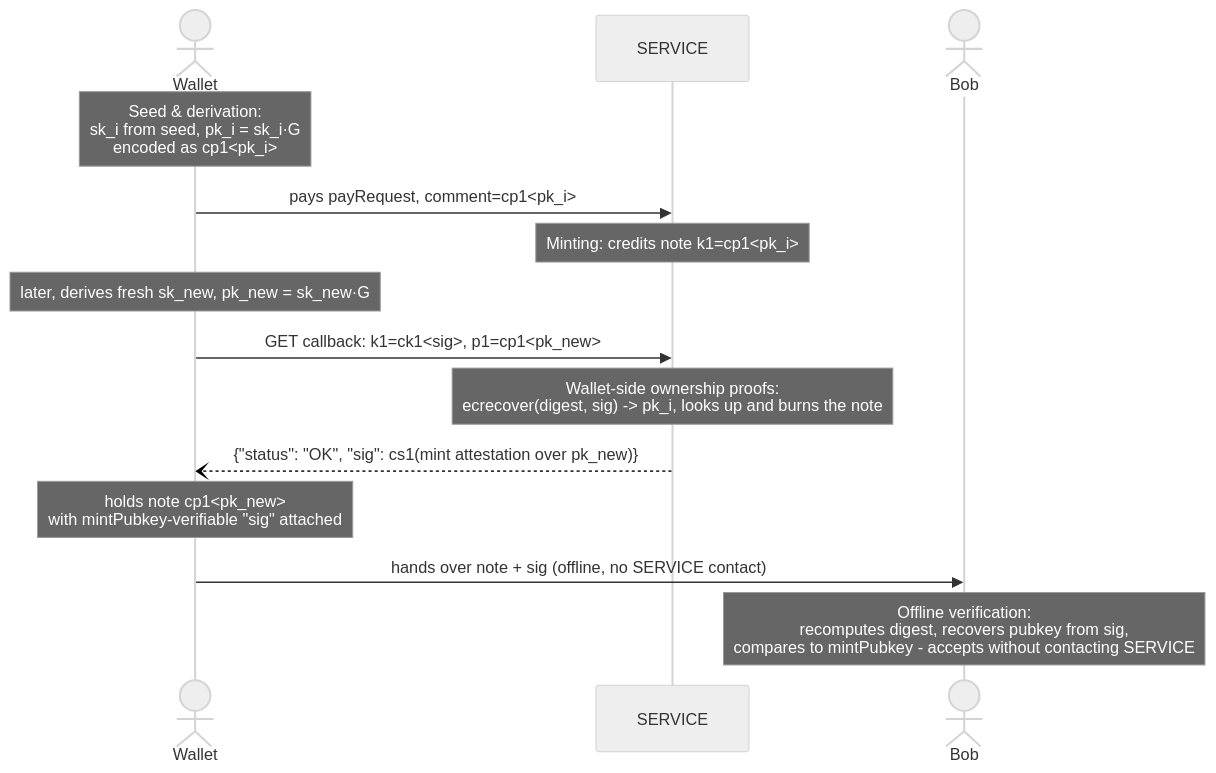
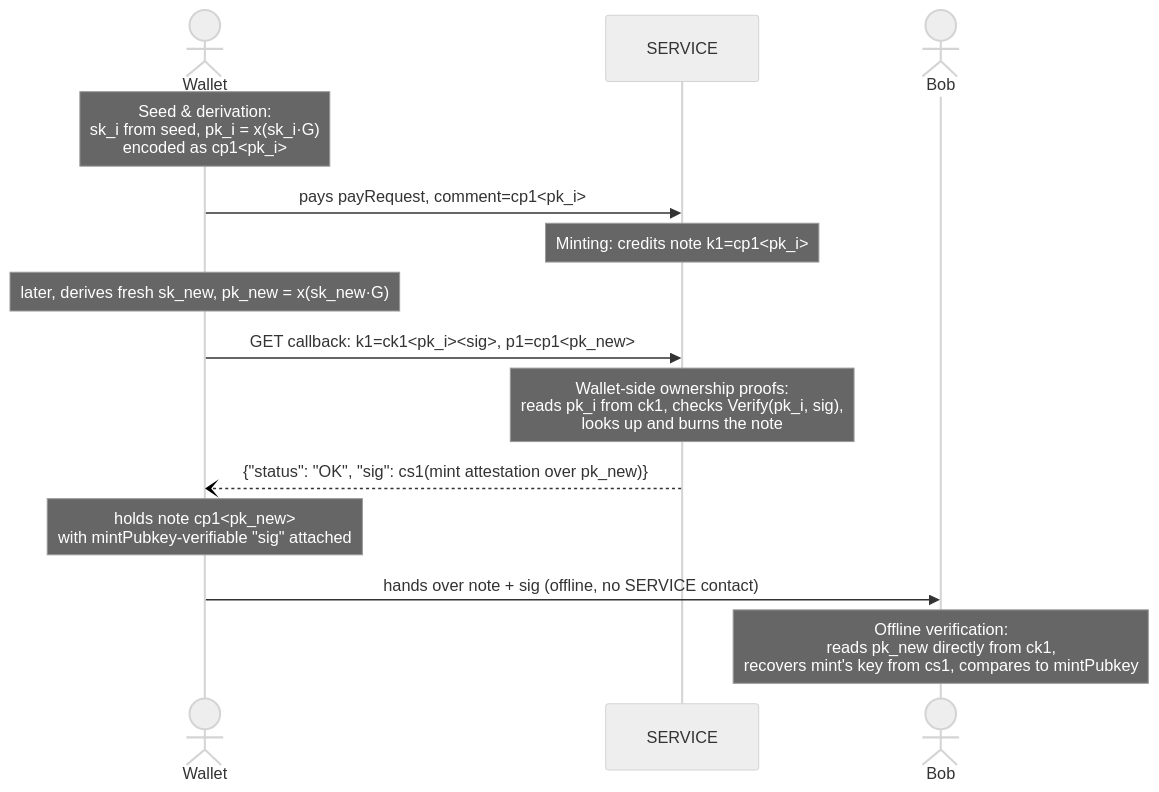
The third of 4 diagrams in 25.md (lnurl/luds), drawn with Mermaid (neutral theme) before and after one commit. The commit also changed other lines of this file, not shown here.

Commit message:
fix: actually use schnorr sigs change to `ck1<pubkey><sig>` bearer

````diff
--- a/25.md
+++ b/25.md
@@ -154,16 +154,16 @@
 ```mermaid
 sequenceDiagram
     actor Wallet
     participant SERVICE
     actor Bob
-    Note over Wallet: Seed & derivation:<br/>sk_i from seed, pk_i = sk_i·G<br/>encoded as cp1<pk_i>
+    Note over Wallet: Seed & derivation:<br/>sk_i from seed, pk_i = x(sk_i·G)<br/>encoded as cp1<pk_i>
     Wallet->>SERVICE: pays payRequest, comment=cp1<pk_i>
     Note over SERVICE: Minting: credits note k1=cp1<pk_i>
-    Note over Wallet: later, derives fresh sk_new, pk_new = sk_new·G
-    Wallet->>SERVICE: GET callback: k1=ck1<sig>, p1=cp1<pk_new>
-    Note over SERVICE: Wallet-side ownership proofs:<br/>ecrecover(digest, sig) -> pk_i, looks up and burns the note
+    Note over Wallet: later, derives fresh sk_new, pk_new = x(sk_new·G)
+    Wallet->>SERVICE: GET callback: k1=ck1<pk_i><sig>, p1=cp1<pk_new>
+    Note over SERVICE: Wallet-side ownership proofs:<br/>reads pk_i from ck1, checks Verify(pk_i, sig),<br/>looks up and burns the note
     SERVICE--)Wallet: {"status": "OK", "sig": cs1(mint attestation over pk_new)}
     Note over Wallet: holds note cp1<pk_new><br/>with mintPubkey-verifiable "sig" attached
     Wallet->>Bob: hands over note + sig (offline, no SERVICE contact)
-    Note over Bob: Offline verification:<br/>recomputes digest, recovers pubkey from sig,<br/>compares to mintPubkey - accepts without contacting SERVICE
+    Note over Bob: Offline verification:<br/>reads pk_new directly from ck1,<br/>recovers mint's key from cs1, compares to mintPubkey
 ```
````
